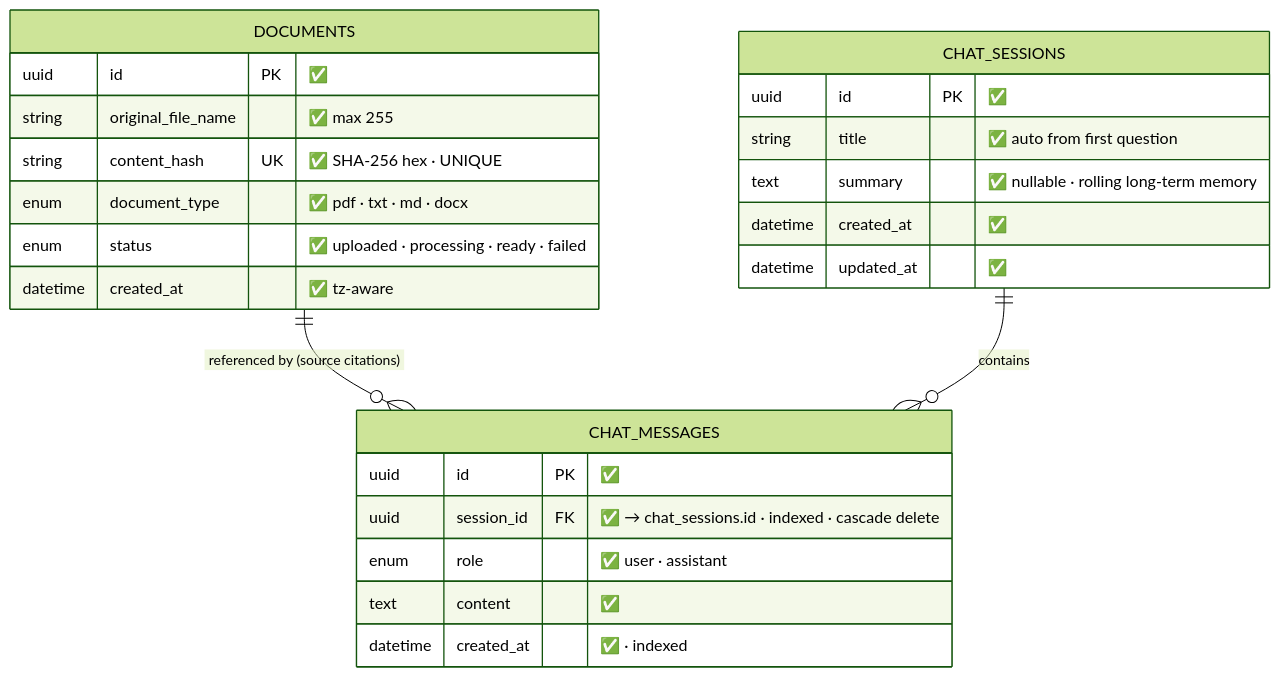
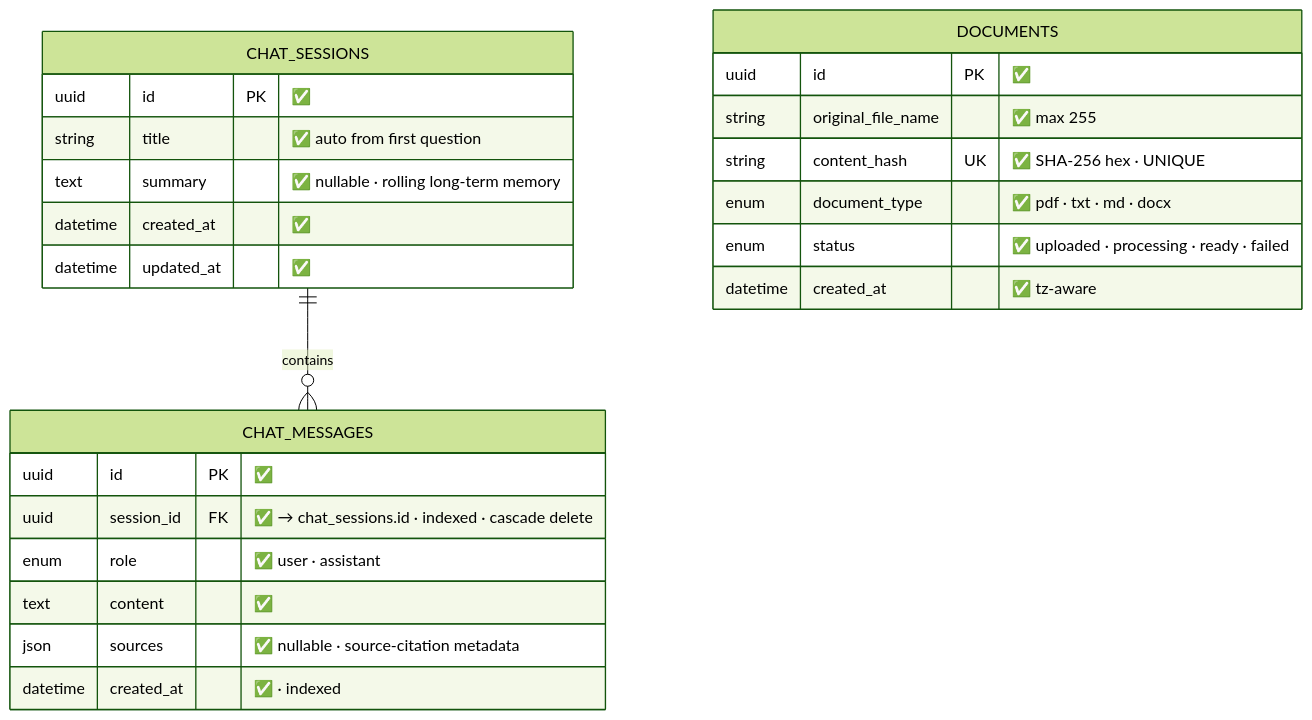
One commit to Abdelrhman941/MyRAG-Project changed the first of 2 diagrams in docs/diagrams/data-schema.md. Above: the diagram before and after it, drawn with Mermaid (forest theme). The commit also changed other lines of this file and 4 other files, not shown here.

Commit message:
docs: fix 5 doc inconsistencies (ARQ vs BackgroundTasks, ERD FK, API paths, SST wording, fp16/ONNX)

````diff
--- a/docs/diagrams/data-schema.md
+++ b/docs/diagrams/data-schema.md
@@ -9,30 +9,30 @@
 ```mermaid
 erDiagram
-    DOCUMENTS ||--o{ CHAT_MESSAGES : "referenced by (source citations)"
     CHAT_SESSIONS ||--o{ CHAT_MESSAGES : contains
 
     DOCUMENTS {
         uuid id PK "✅"
         string original_file_name "✅ max 255"
         string content_hash UK "✅ SHA-256 hex · UNIQUE"
         enum document_type "✅ pdf · txt · md · docx"
         enum status "✅ uploaded · processing · ready · failed"
         datetime created_at "✅ tz-aware"
     }
 
     CHAT_SESSIONS {
         uuid id PK "✅"
         string title "✅ auto from first question"
         text summary "✅ nullable · rolling long-term memory"
         datetime created_at "✅"
         datetime updated_at "✅"
     }
 
     CHAT_MESSAGES {
         uuid id PK "✅"
         uuid session_id FK "✅ → chat_sessions.id · indexed · cascade delete"
         enum role "✅ user · assistant"
         text content "✅"
+        json sources "✅ nullable · source-citation metadata"
         datetime created_at "✅ · indexed"
     }
 ```
````
